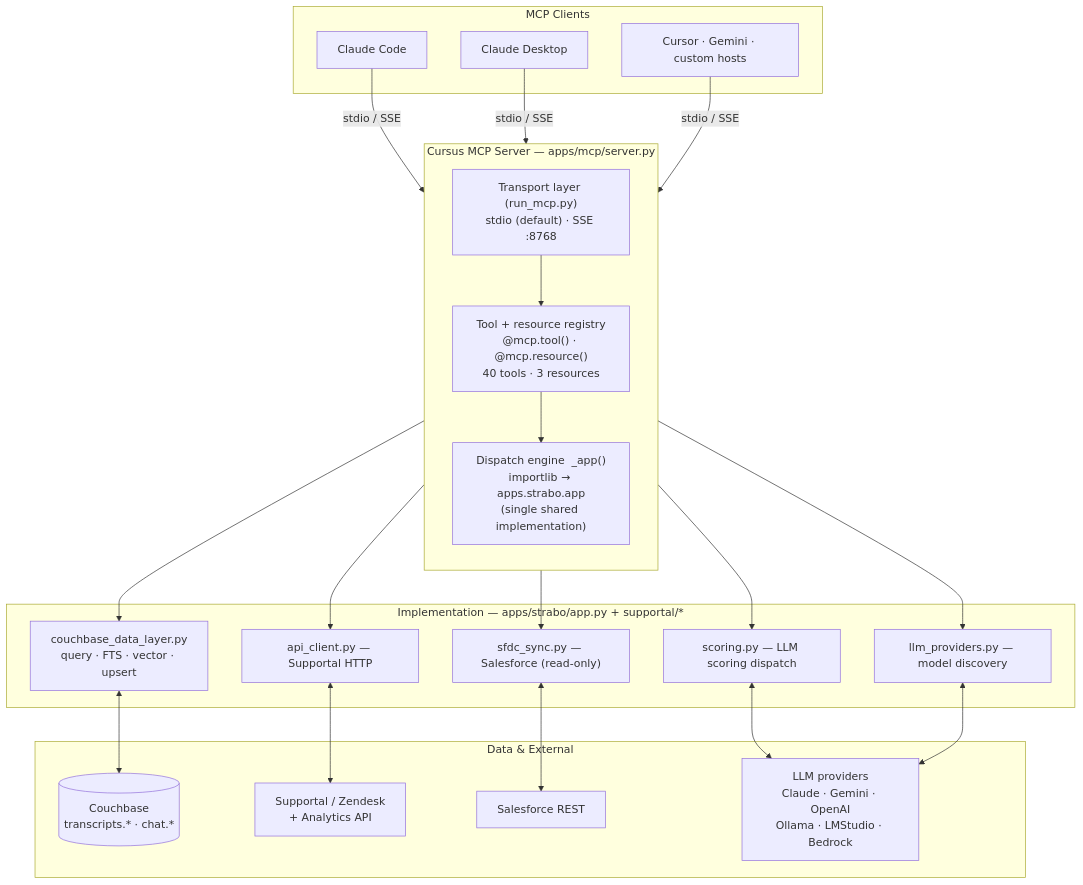
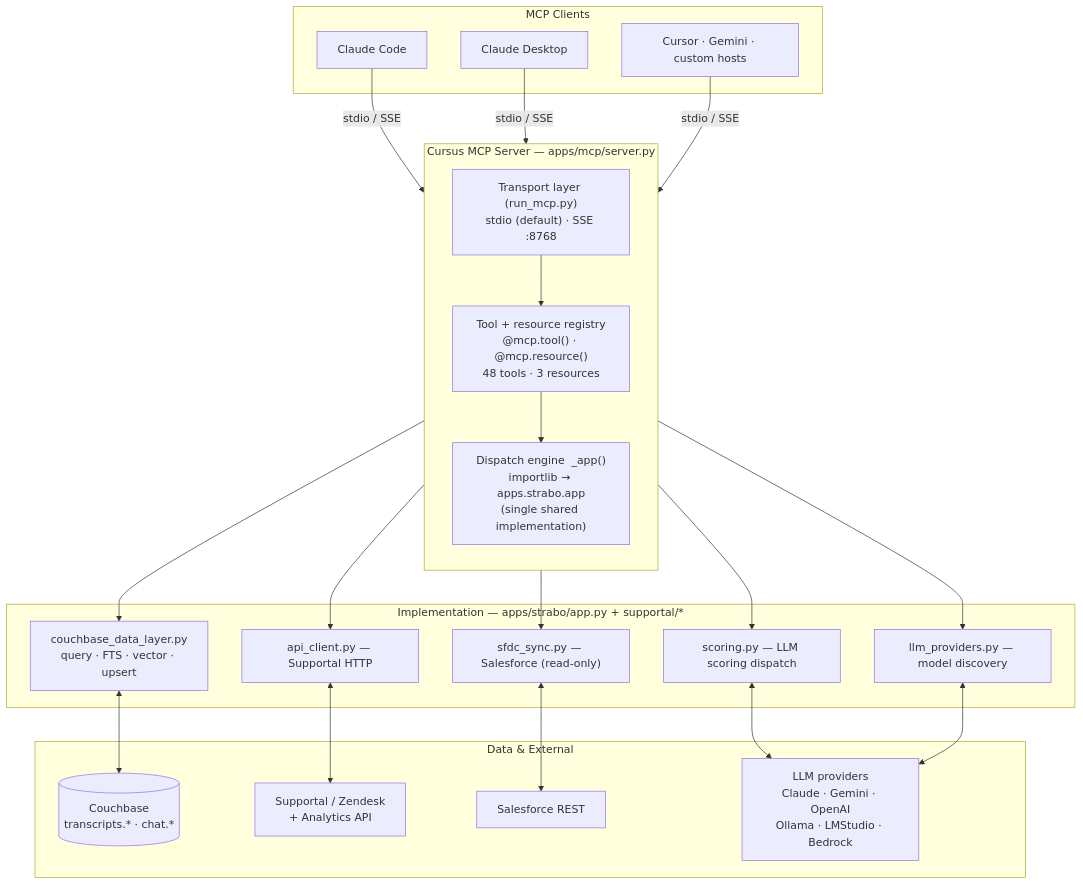
The diagram in docs/mcp-architecture.md (couchbaselabs/Cursus_Agent_Public), drawn with Mermaid before and after one commit. The commit also changed other lines of this file and 6 other files, not shown here.

````diff
--- a/docs/mcp-architecture.md
+++ b/docs/mcp-architecture.md
@@ -9,38 +9,38 @@
 ```mermaid
 flowchart TB
     subgraph clients["MCP Clients"]
         CC["Claude Code"]
         CD["Claude Desktop"]
         OT["Cursor · Gemini · custom hosts"]
     end
 
     subgraph server["Cursus MCP Server — apps/mcp/server.py"]
         direction TB
         TR["Transport layer (run_mcp.py)\nstdio (default) · SSE :8768"]
-        REG["Tool + resource registry\n@mcp.tool() · @mcp.resource()\n40 tools · 3 resources"]
+        REG["Tool + resource registry\n@mcp.tool() · @mcp.resource()\n48 tools · 3 resources"]
         DISP["Dispatch engine  _app()\nimportlib → apps.strabo.app\n(single shared implementation)"]
         TR --> REG --> DISP
     end
 
     subgraph impl["Implementation — apps/strabo/app.py + supportal/*"]
         DL["couchbase_data_layer.py\nquery · FTS · vector · upsert"]
         SC["scoring.py — LLM scoring dispatch"]
         SF["sfdc_sync.py — Salesforce (read-only)"]
         AC["api_client.py — Supportal HTTP"]
         LP["llm_providers.py — model discovery"]
     end
 
     subgraph data["Data & External"]
         CB[("Couchbase\ntranscripts.* · chat.*")]
         SUP["Supportal / Zendesk\n+ Analytics API"]
         SALES["Salesforce REST"]
         LLM["LLM providers\nClaude · Gemini · OpenAI\nOllama · LMStudio · Bedrock"]
     end
 
     CC & CD & OT -->|"stdio / SSE"| TR
     DISP --> DL & SC & SF & AC & LP
     DL <--> CB
     AC <--> SUP
     SF <--> SALES
     SC & LP <--> LLM
 ```
````
